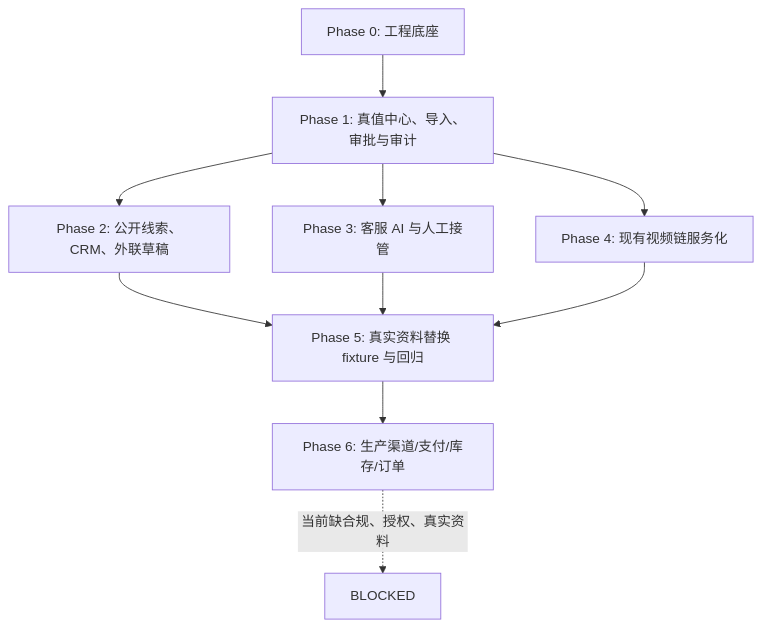
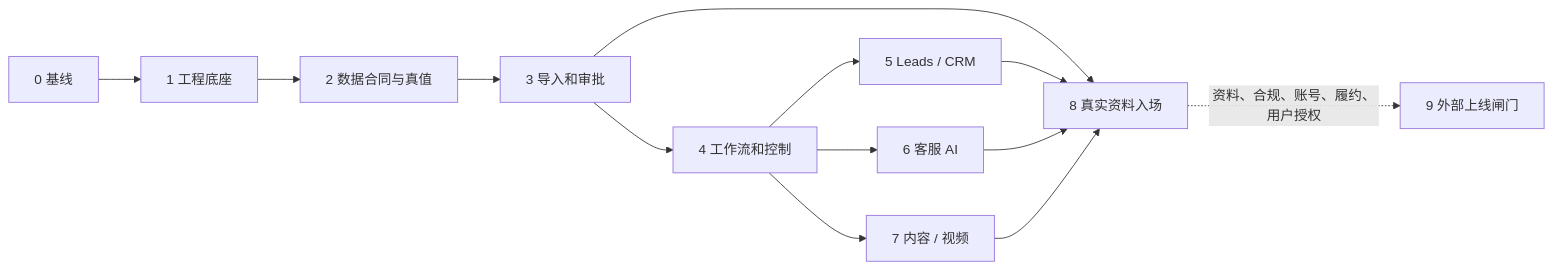
Before and after one commit to fthytwerwt-sudo/fenjiu: the diagram in docs/implementation/AI_NATIVE_SALES_OS_MASTER_PLAN.md, drawn with Mermaid. The commit also changed other lines of this file and 49 other files, not shown here.

````diff
--- a/docs/implementation/AI_NATIVE_SALES_OS_MASTER_PLAN.md
+++ b/docs/implementation/AI_NATIVE_SALES_OS_MASTER_PLAN.md
@@ -52,12 +55,12 @@
 ```mermaid
-flowchart TD
-  P0["Phase 0: 工程底座"] --> P1["Phase 1: 真值中心、导入、审批与审计"]
-  P1 --> P2["Phase 2: 公开线索、CRM、外联草稿"]
-  P1 --> P3["Phase 3: 客服 AI 与人工接管"]
-  P1 --> P4["Phase 4: 现有视频链服务化"]
-  P2 --> P5["Phase 5: 真实资料替换 fixture 与回归"]
-  P3 --> P5
-  P4 --> P5
-  P5 --> P6["Phase 6: 生产渠道/支付/库存/订单"]
-  P6 -. "当前缺合规、授权、真实资料" .-> B["BLOCKED"]
+flowchart LR
+  P0["0 基线"] --> P1["1 工程底座"] --> P2["2 数据合同与真值"] --> P3["3 导入和审批"] --> P4["4 工作流和控制"]
+  P4 --> P5["5 Leads / CRM"]
+  P4 --> P6["6 客服 AI"]
+  P4 --> P7["7 内容 / 视频"]
+  P3 --> P8["8 真实资料入场"]
+  P5 --> P8
+  P6 --> P8
+  P7 --> P8
+  P8 -. "资料、合规、账号、履约、用户授权" .-> P9["9 外部上线闸门"]
 ```
````
